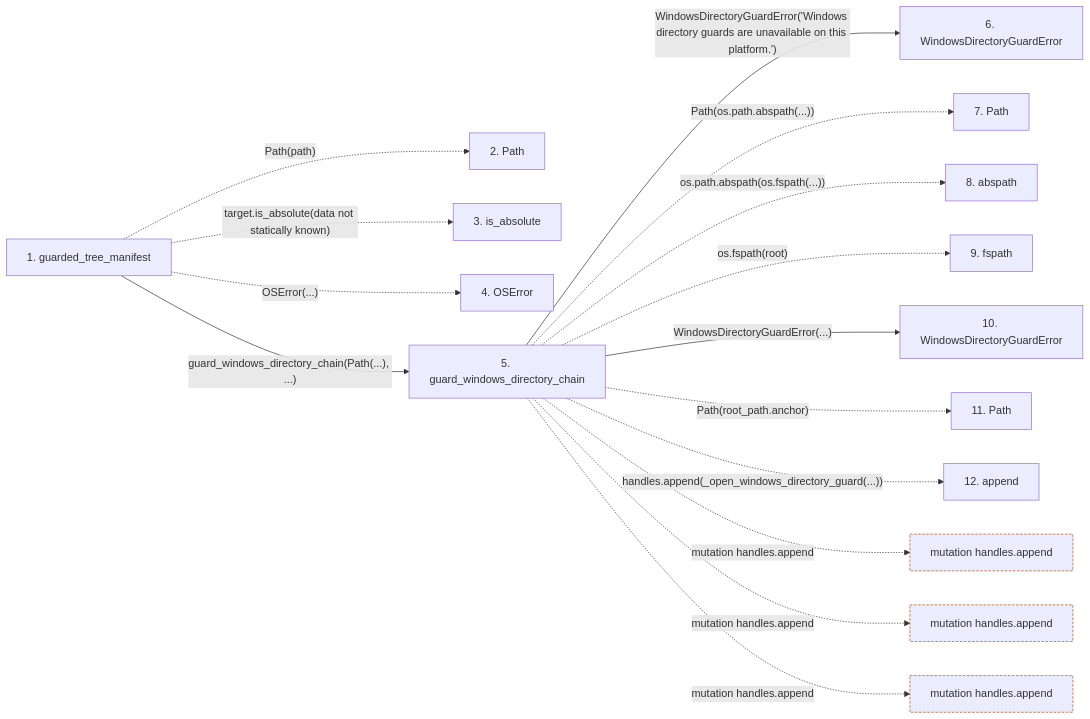
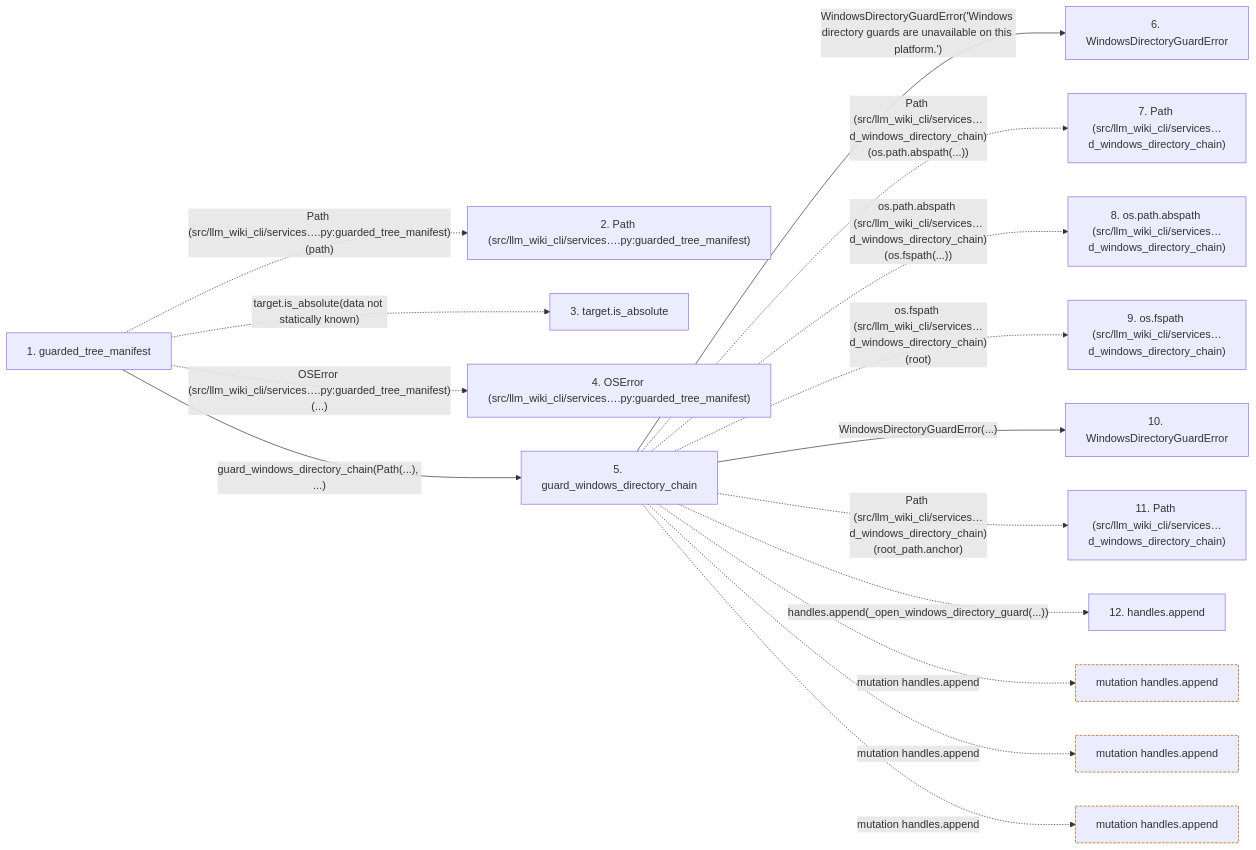
One commit to Denissvgn/python-wiki-llm changed the second of 2 diagrams in docs/llm_wiki/flows/api-guarded_tree_manifest.md. Above: the diagram before and after it, drawn with Mermaid. The commit also changed other lines of this file and 719 other files, not shown here.

````diff
--- a/docs/llm_wiki/flows/api-guarded_tree_manifest.md
+++ b/docs/llm_wiki/flows/api-guarded_tree_manifest.md
@@ -71,40 +74,40 @@
 ```mermaid
 flowchart LR
     s1["1. guarded_tree_manifest"]
-    s2["2. Path"]
-    s3["3. is_absolute"]
-    s4["4. OSError"]
+    s2["2. Path (src/llm_wiki_cli/services….py:guarded_tree_manifest)"]
+    s3["3. target.is_absolute"]
+    s4["4. OSError (src/llm_wiki_cli/services….py:guarded_tree_manifest)"]
     s5["5. guard_windows_directory_chain"]
     s6["6. WindowsDirectoryGuardError"]
-    s7["7. Path"]
-    s8["8. abspath"]
-    s9["9. fspath"]
+    s7["7. Path (src/llm_wiki_cli/services…d_windows_directory_chain)"]
+    s8["8. os.path.abspath (src/llm_wiki_cli/services…d_windows_directory_chain)"]
+    s9["9. os.fspath (src/llm_wiki_cli/services…d_windows_directory_chain)"]
     s10["10. WindowsDirectoryGuardError"]
-    s11["11. Path"]
-    s12["12. append"]
-    s1 -. "Path(path)" .-> s2
+    s11["11. Path (src/llm_wiki_cli/services…d_windows_directory_chain)"]
+    s12["12. handles.append"]
+    s1 -. "Path (src/llm_wiki_cli/services….py:guarded_tree_manifest)(path)" .-> s2
     s1 -. "target.is_absolute(data not statically known)" .-> s3
-    s1 -. "OSError(...)" .-> s4
+    s1 -. "OSError (src/llm_wiki_cli/services….py:guarded_tree_manifest)(...)" .-> s4
     s1 -->|"guard_windows_directory_chain(Path(...), ...)"| s5
     s5 -->|"WindowsDirectoryGuardError('Windows directory guards are unavailable on this platform.')"| s6
-    s5 -. "Path(os.path.abspath(...))" .-> s7
-    s5 -. "os.path.abspath(os.fspath(...))" .-> s8
-    s5 -. "os.fspath(root)" .-> s9
+    s5 -. "Path (src/llm_wiki_cli/services…d_windows_directory_chain)(os.path.abspath(...))" .-> s7
+    s5 -. "os.path.abspath (src/llm_wiki_cli/services…d_windows_directory_chain)(os.fspath(...))" .-> s8
+    s5 -. "os.fspath (src/llm_wiki_cli/services…d_windows_directory_chain)(root)" .-> s9
     s5 -->|"WindowsDirectoryGuardError(...)"| s10
-    s5 -. "Path(root_path.anchor)" .-> s11
+    s5 -. "Path (src/llm_wiki_cli/services…d_windows_directory_chain)(root_path.anchor)" .-> s11
     s5 -. "handles.append(_open_windows_directory_guard(...))" .-> s12
     b0["mutation handles.append"]
     s5 -. "mutation handles.append" .-> b0
     b1["mutation handles.append"]
     s5 -. "mutation handles.append" .-> b1
     b2["mutation handles.append"]
     s5 -. "mutation handles.append" .-> b2
     click s1 "../modules/filesystem_guard.md"
     click s5 "../modules/filesystem_guard.md"
     click s6 "../modules/filesystem_guard.md"
     click s10 "../modules/filesystem_guard.md"
     classDef boundary stroke:#b45309,stroke-dasharray: 4 2
     class b0 boundary
     class b1 boundary
     class b2 boundary
 ```
````
